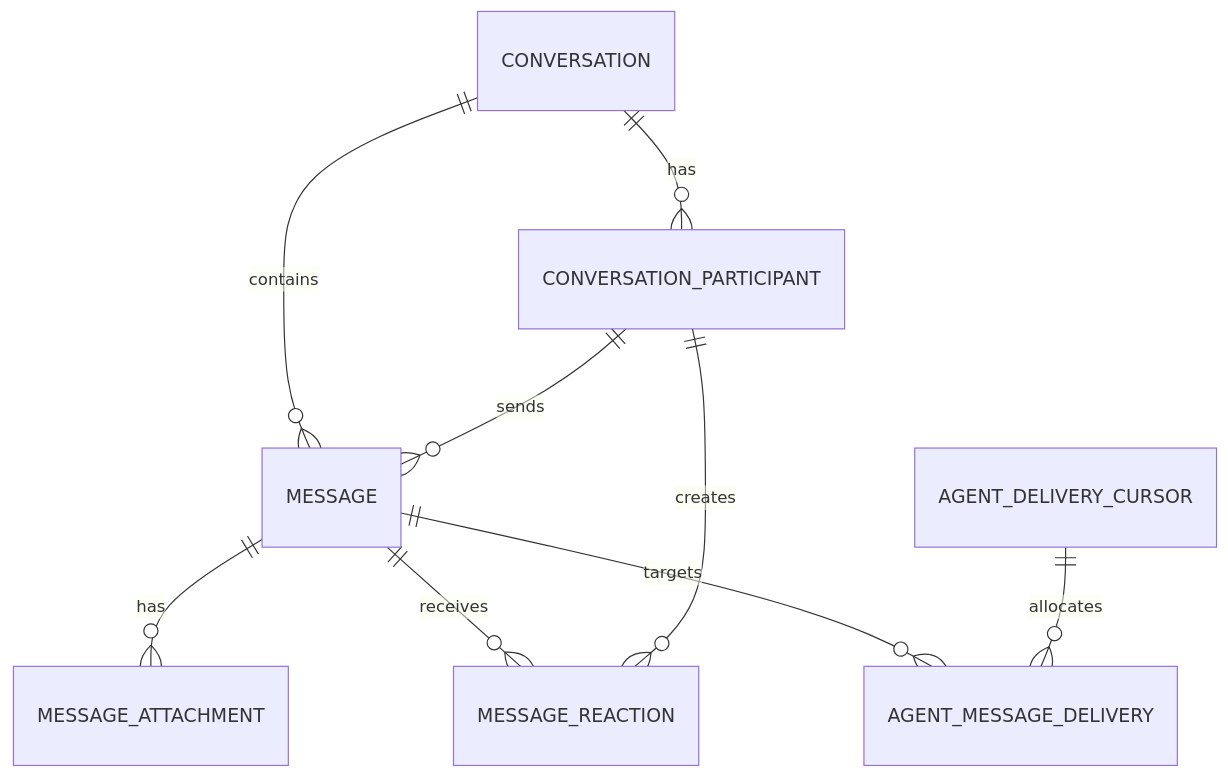
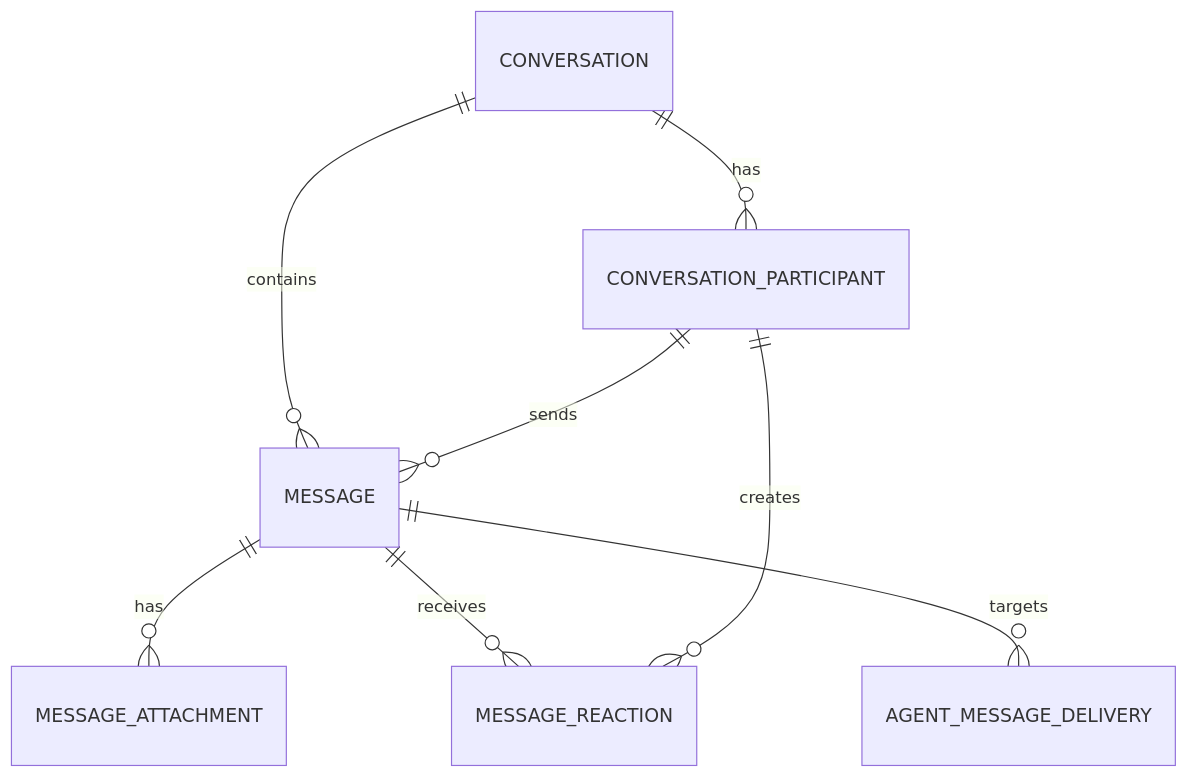
Before and after one commit to LRM-Teams/coforge: the diagram in docs/database-schema.md, drawn with Mermaid. The commit also changed other lines of this file and 1 other file, not shown here.

Commit message:
refactor(database): simplify delivery sequencing

````diff
--- a/docs/database-schema.md
+++ b/docs/database-schema.md
@@ -13,11 +13,10 @@
 ```mermaid
 erDiagram
     CONVERSATION ||--o{ CONVERSATION_PARTICIPANT : has
     CONVERSATION ||--o{ MESSAGE : contains
     CONVERSATION_PARTICIPANT ||--o{ MESSAGE : sends
     MESSAGE ||--o{ MESSAGE_ATTACHMENT : has
     MESSAGE ||--o{ MESSAGE_REACTION : receives
     CONVERSATION_PARTICIPANT ||--o{ MESSAGE_REACTION : creates
     MESSAGE ||--o{ AGENT_MESSAGE_DELIVERY : targets
-    AGENT_DELIVERY_CURSOR ||--o{ AGENT_MESSAGE_DELIVERY : allocates
 ```
````
